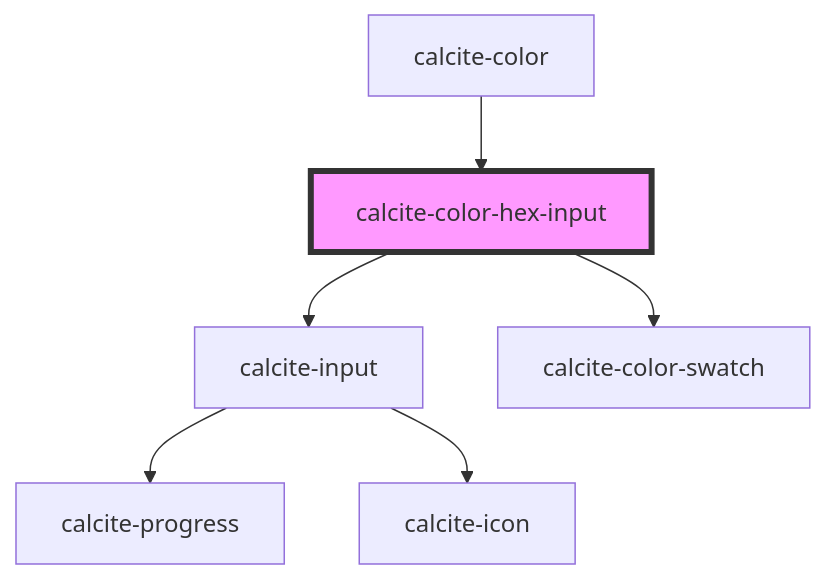
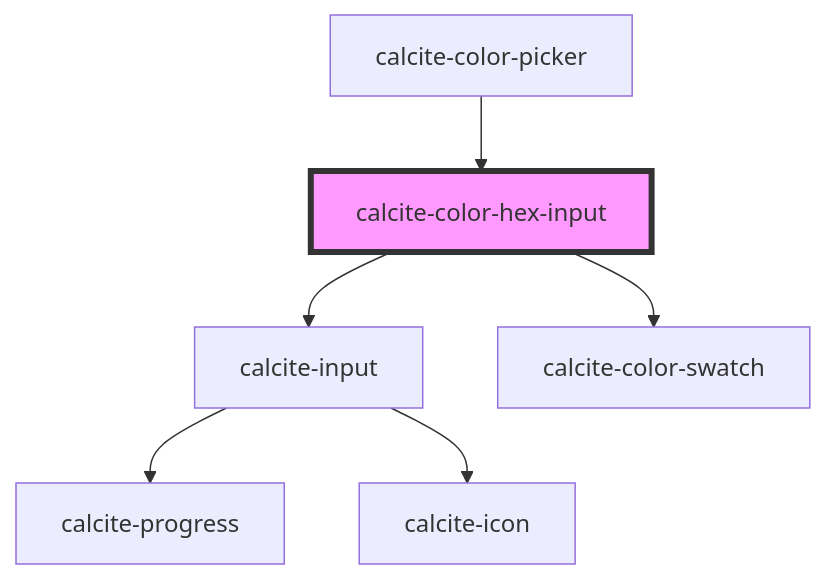
Before and after one commit to Esri/calcite-design-system: the diagram in src/components/calcite-color-hex-input/readme.md, drawn with Mermaid. The commit also changed other lines of this file and 22 other files, not shown here.

````diff
--- a/src/components/calcite-color-hex-input/readme.md
+++ b/src/components/calcite-color-hex-input/readme.md
@@ -45,9 +45,9 @@
 ```mermaid
 graph TD;
   calcite-color-hex-input --> calcite-input
   calcite-color-hex-input --> calcite-color-swatch
   calcite-input --> calcite-progress
   calcite-input --> calcite-icon
-  calcite-color --> calcite-color-hex-input
+  calcite-color-picker --> calcite-color-hex-input
   style calcite-color-hex-input fill:#f9f,stroke:#333,stroke-width:4px
 ```
````
